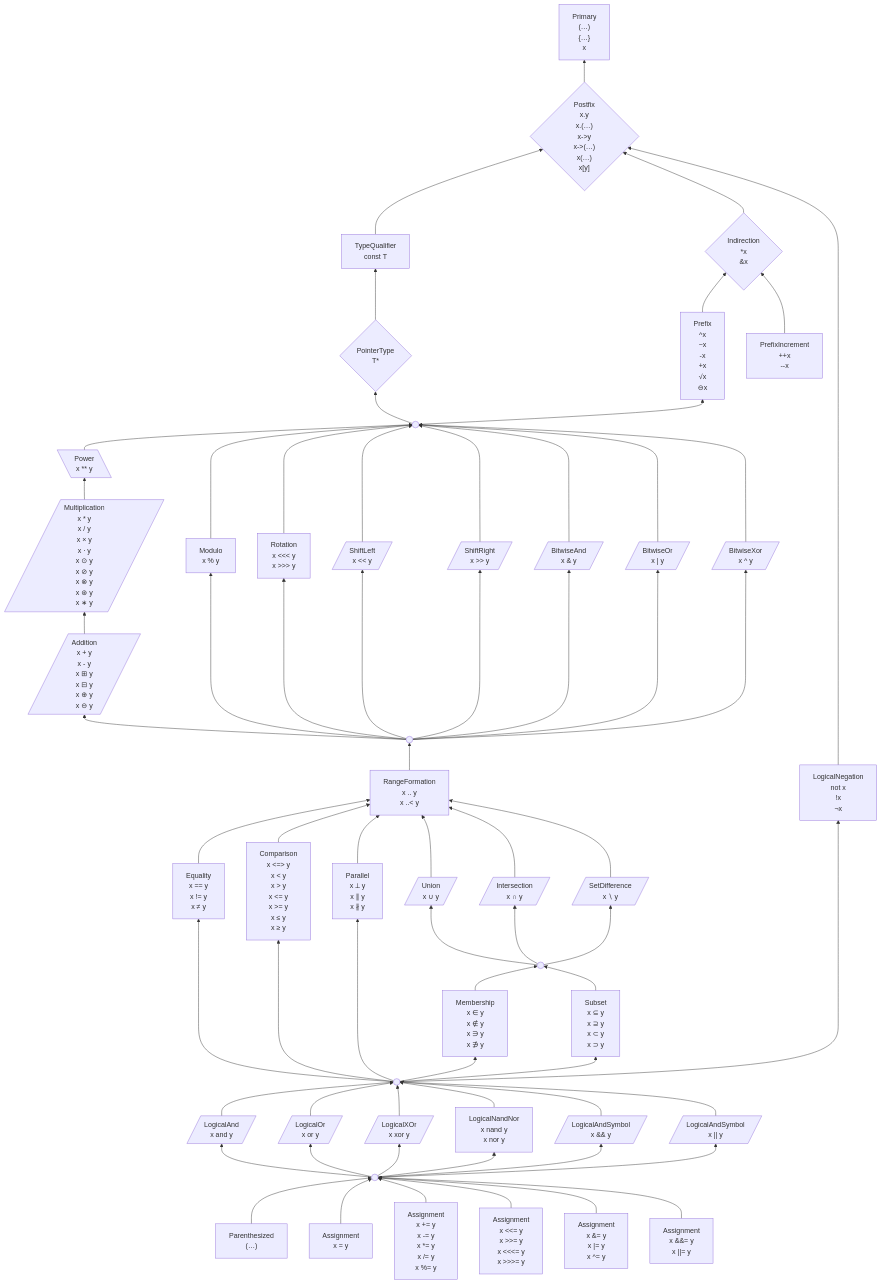
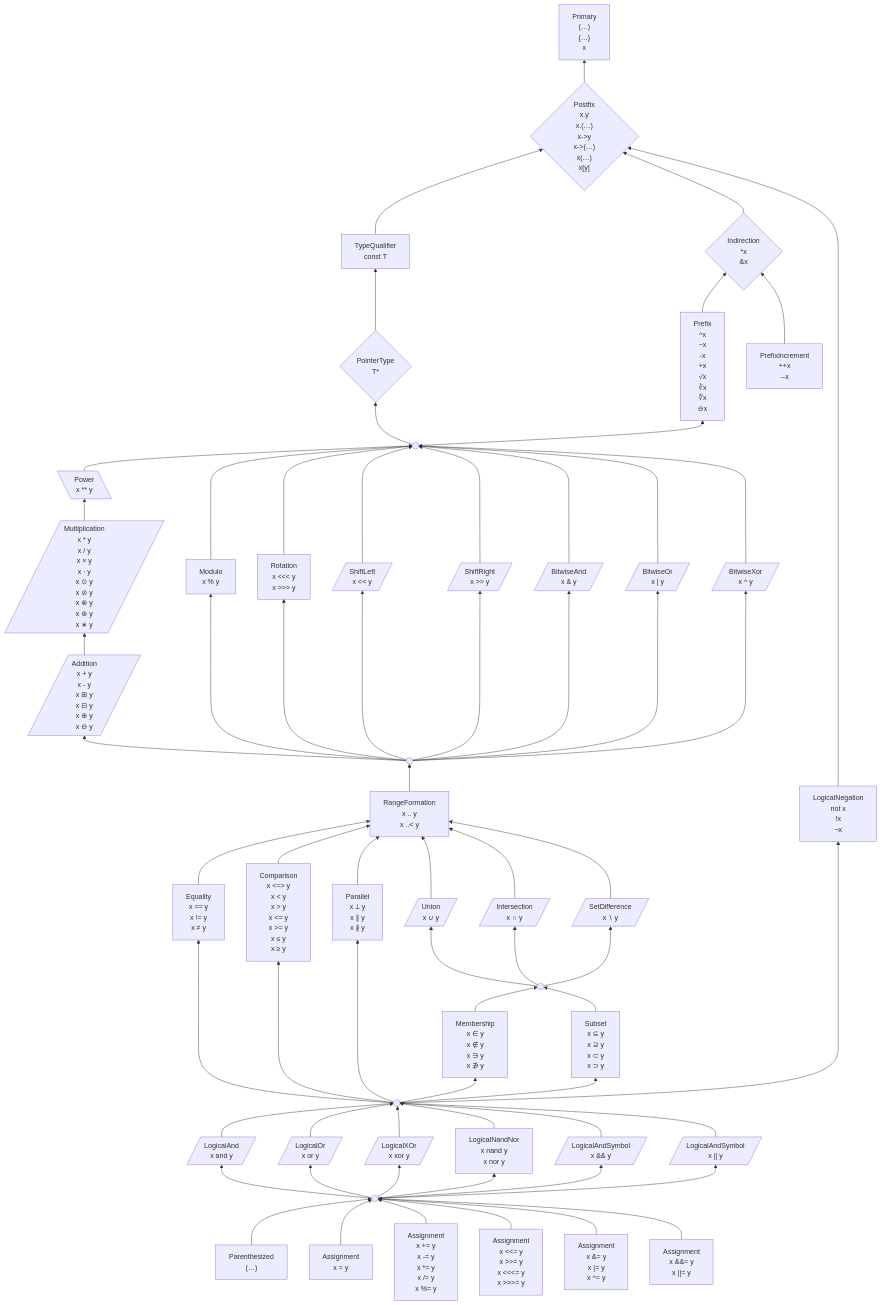
Before and after one commit to laro/Cilia: the first of 2 diagrams in 6 .../2 Unfinished Ideas.md, drawn with Mermaid.

Commit message:
Update 2 Unfinished Ideas.md

```diff
--- a/6 .../2 Unfinished Ideas.md
+++ b/6 .../2 Unfinished Ideas.md
@@ -227,6 +227,8 @@
 -x
 +x
 √x
+∛x
+∜x
 ⊖x"]
     incDec["PrefixIncrement
 ++x
```
